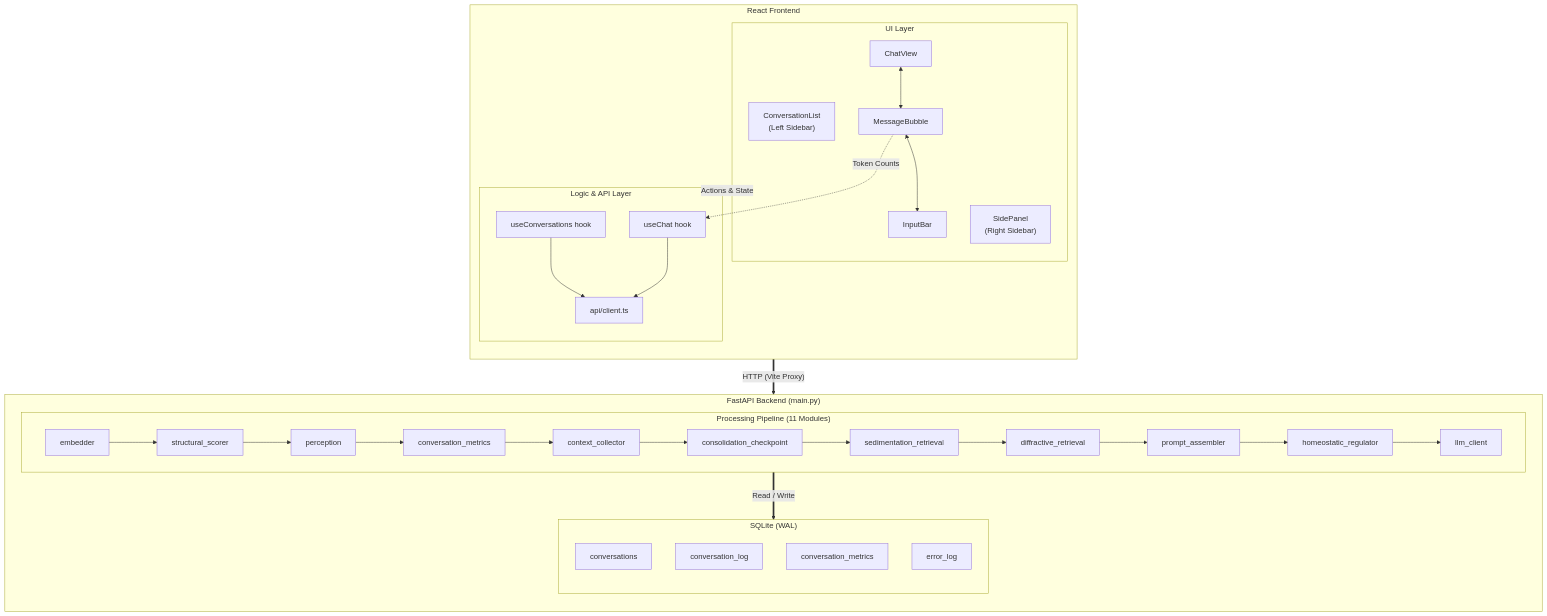
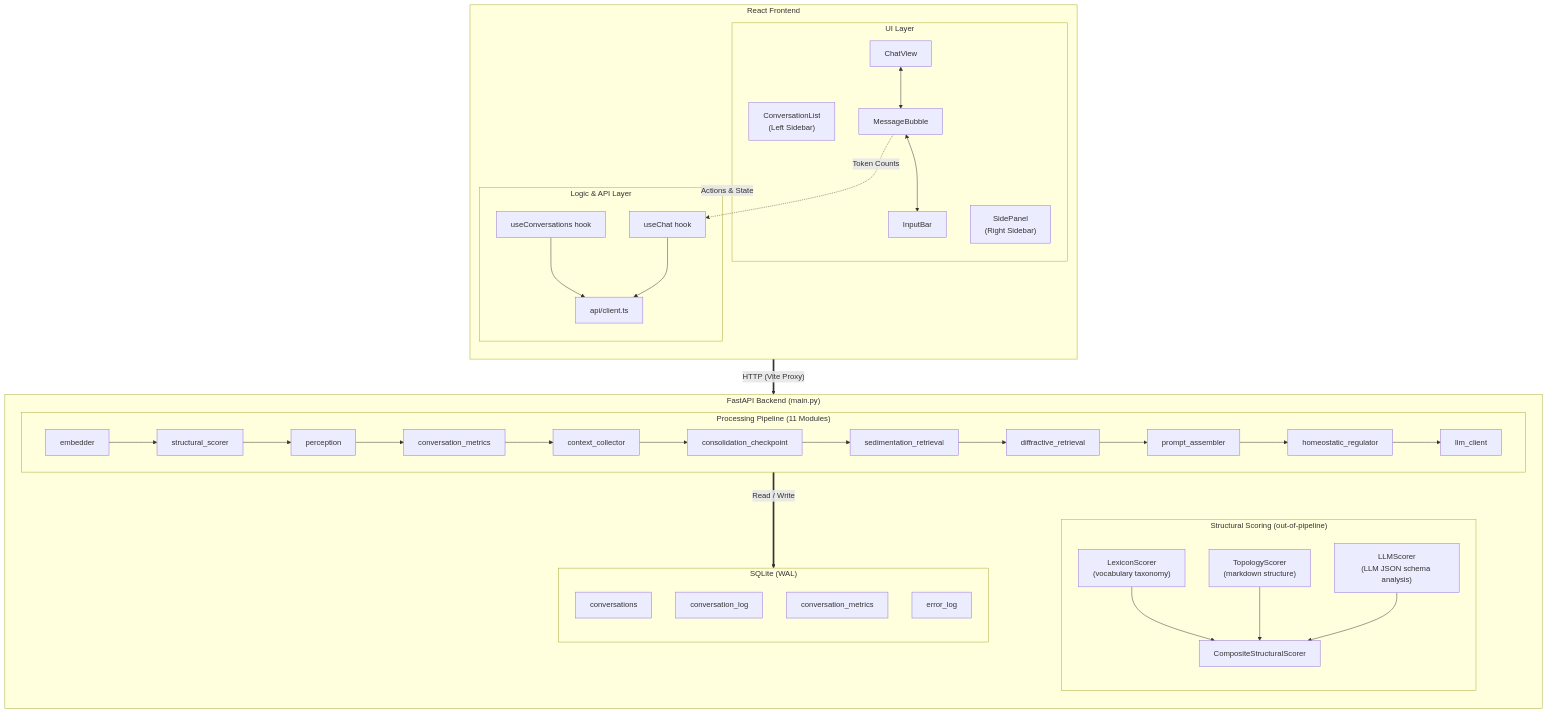
Before and after one commit to sympoietic-systems/AAA: the first of 5 diagrams in docs/ARCHITECTURE.md, drawn with Mermaid. The commit also changed other lines of this file and 14 other files, not shown here.

````diff
--- a/docs/ARCHITECTURE.md
+++ b/docs/ARCHITECTURE.md
@@ -5,41 +5,47 @@
 ```mermaid
 graph TB
     subgraph Frontend ["React Frontend"]
         direction TB
         subgraph Components ["UI Layer"]
             CL["ConversationList<br/>(Left Sidebar)"]
             CV["ChatView"]
             MB["MessageBubble"]
             IB["InputBar"]
             SP["SidePanel<br/>(Right Sidebar)"]
         end
         subgraph Logic ["Logic & API Layer"]
             UC["useChat hook"]
             UCO["useConversations hook"]
             AC["api/client.ts"]
         end
         CV <--> MB <--> IB
         MB -.->|Token Counts| UC
         UC & UCO --> AC
     end
 
     subgraph Backend ["FastAPI Backend (main.py)"]
         direction TB
         subgraph Pipeline ["Processing Pipeline (11 Modules)"]
             direction LR
             M1["embedder"] --> M1_5["structural_scorer"] --> M2["perception"] --> M3["conversation_metrics"] --> M4["context_collector"] --> M5["consolidation_checkpoint"] --> M6["sedimentation_retrieval"] --> M7["diffractive_retrieval"] --> M8["prompt_assembler"] --> M9["homeostatic_regulator"] --> M10["llm_client"]
         end
+        subgraph Structural ["Structural Scoring (out-of-pipeline)"]
+            direction TB
+            SS1["LexiconScorer\n(vocabulary taxonomy)"] --> SSC["CompositeStructuralScorer"]
+            SS2["TopologyScorer\n(markdown structure)"] --> SSC
+            SS3["LLMScorer\n(LLM JSON schema analysis)"] --> SSC
+        end
         
         subgraph Database ["SQLite (WAL)"]
             direction TB
             db1["conversations"]
             db2["conversation_log"]
             db3["conversation_metrics"]
             db4["error_log"]
         end
     end
 
     Components -. "Actions & State" .-> Logic
     AC == "HTTP (Vite Proxy)" ==> Backend
     Pipeline == "Read / Write" ==> Database
 ```
````
